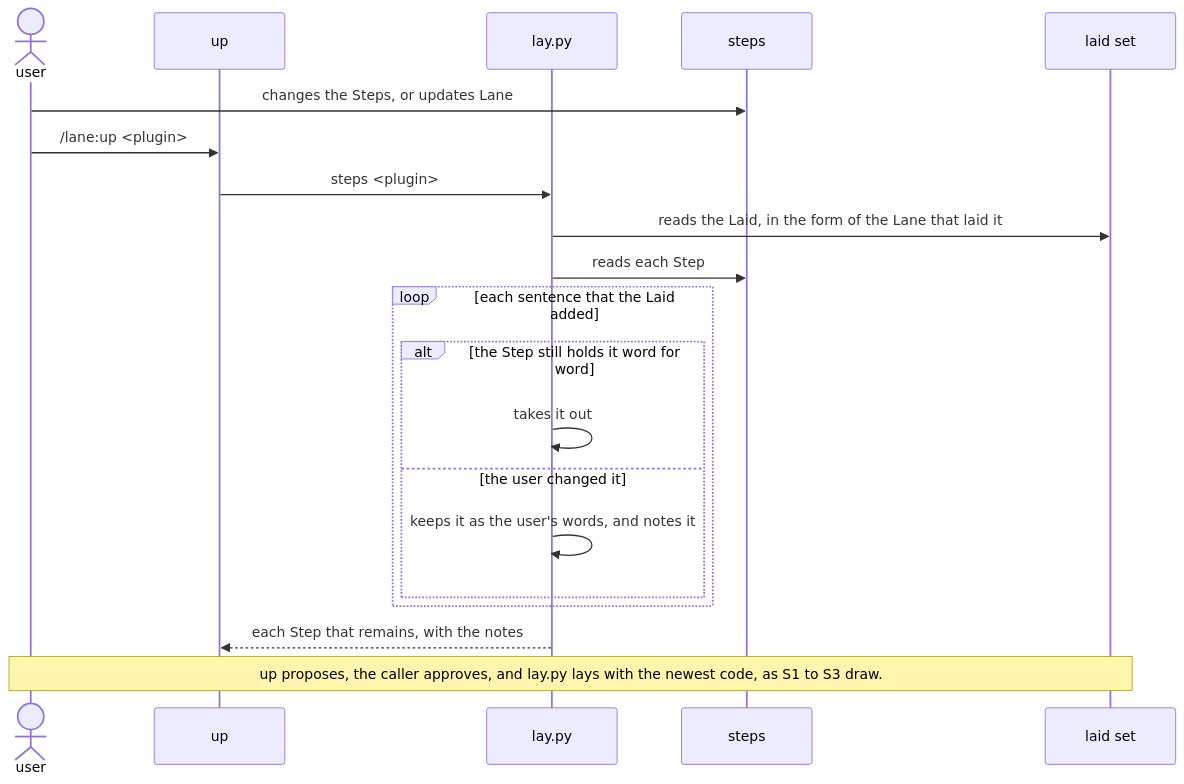
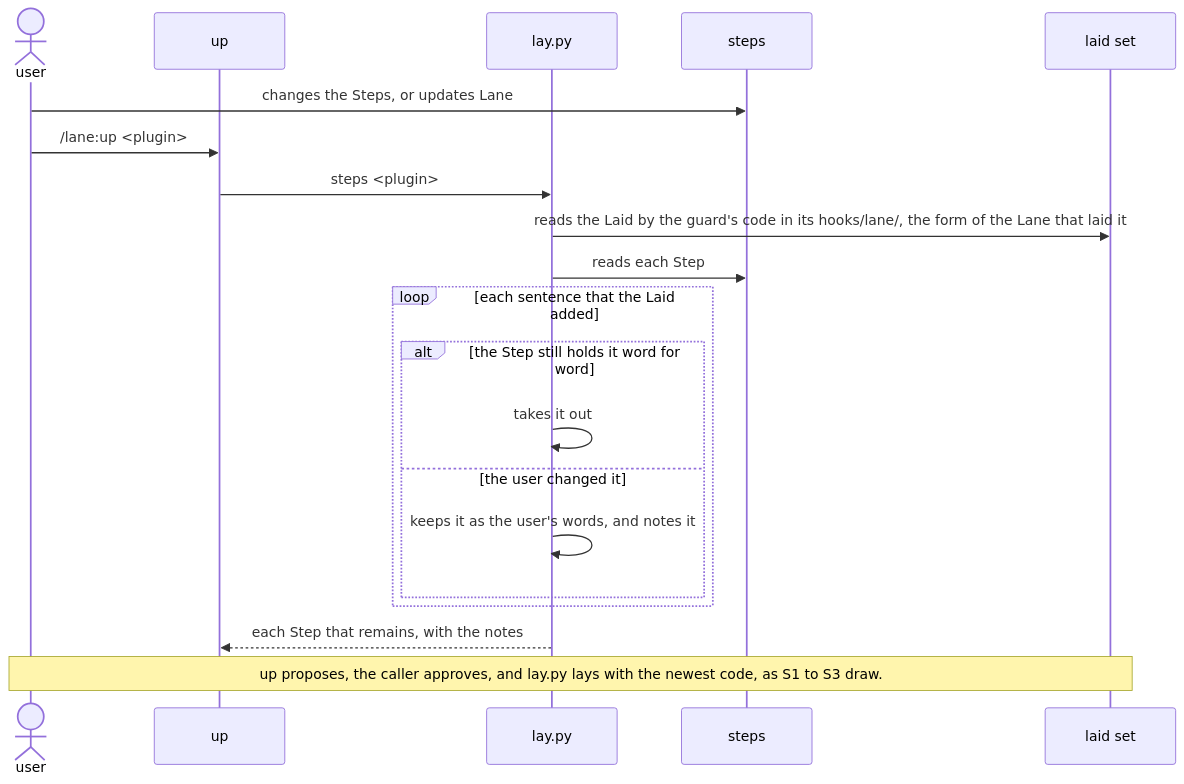
The fourth of 7 diagrams in dev/lane/architecture.md (lovaizu/ccpm), drawn with Mermaid before and after one commit. The commit also changed other lines of this file, not shown here.

````diff
--- a/dev/lane/architecture.md
+++ b/dev/lane/architecture.md
@@ -333,22 +334,22 @@
 ```mermaid
 sequenceDiagram
   actor U as user
   participant UP as up
   participant L as lay.py
   participant ST as steps
   participant LS as laid set
   U->>ST: changes the Steps, or updates Lane
   U->>UP: /lane:up <plugin>
   UP->>L: steps <plugin>
-  L->>LS: reads the Laid, in the form of the Lane that laid it
+  L->>LS: reads the Laid by the guard's code in its hooks/lane/, the form of the Lane that laid it
   L->>ST: reads each Step
   loop each sentence that the Laid added
     alt the Step still holds it word for word
       L->>L: takes it out
     else the user changed it
       L->>L: keeps it as the user's words, and notes it
     end
   end
   L-->>UP: each Step that remains, with the notes
   Note over U,LS: up proposes, the caller approves, and lay.py lays with the newest code, as S1 to S3 draw.
 ```
````
